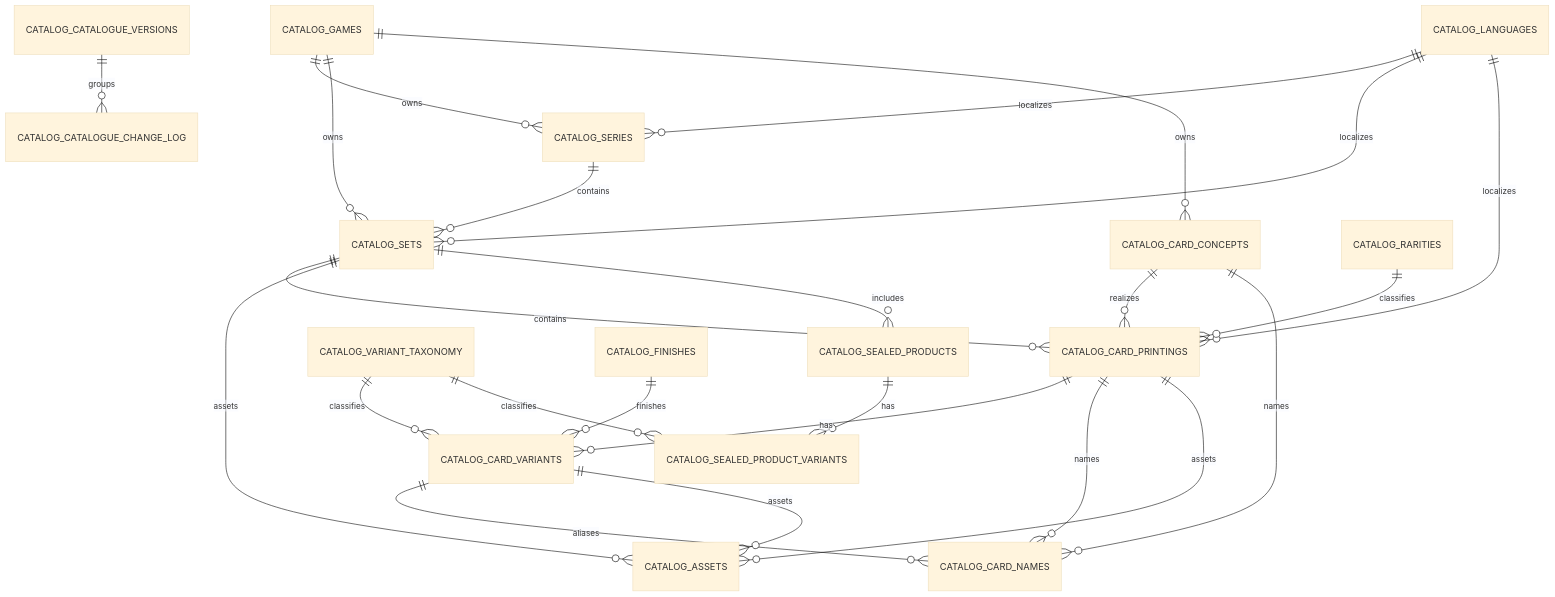
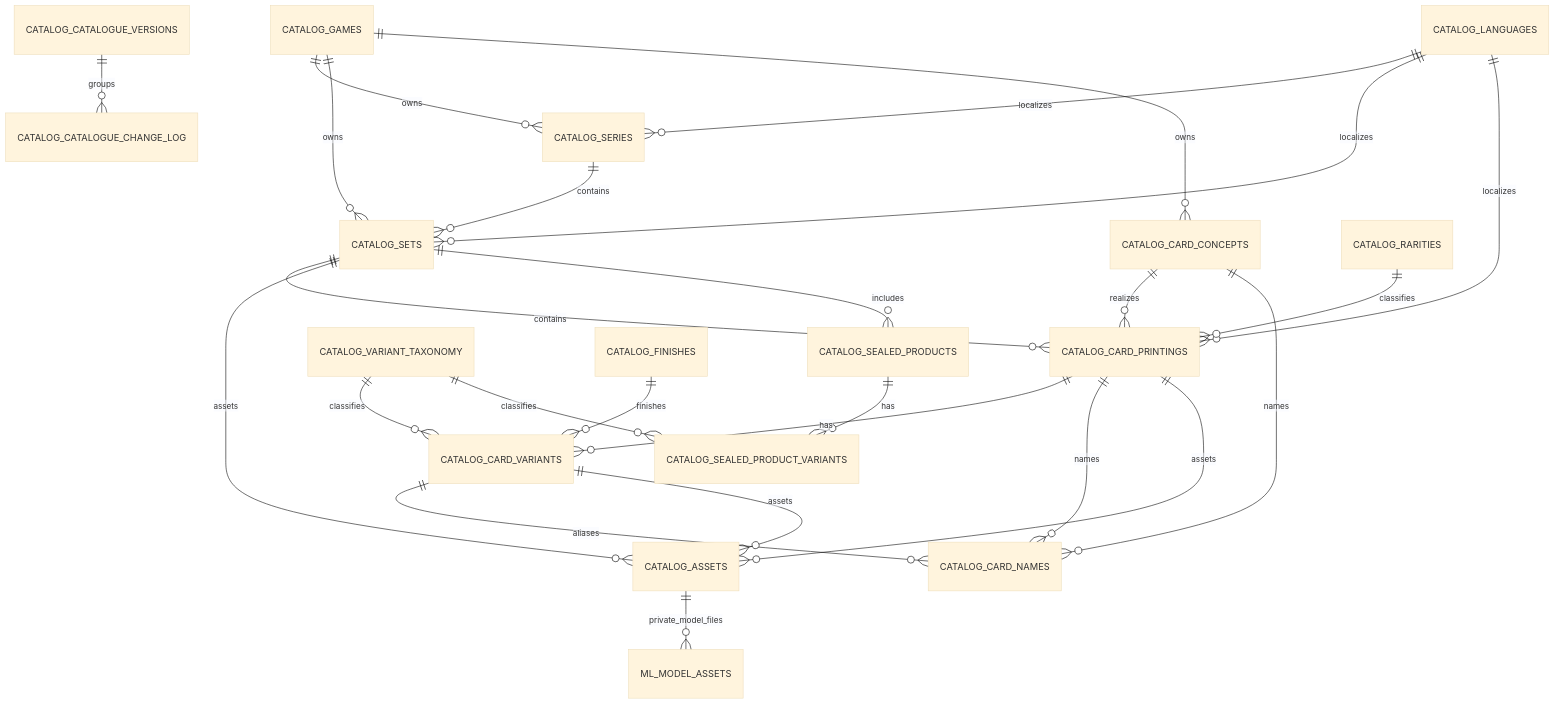
Before and after one commit to tberridge86/Stackr: the second of 5 diagrams in docs/stackr-api/canonical-catalogue-er.md, drawn with Mermaid (base theme). The commit also changed other lines of this file and 15 other files, not shown here.

````diff
--- a/docs/stackr-api/canonical-catalogue-er.md
+++ b/docs/stackr-api/canonical-catalogue-er.md
@@ -30,26 +34,27 @@
 ```mermaid
 erDiagram
   CATALOG_GAMES ||--o{ CATALOG_SERIES : owns
   CATALOG_GAMES ||--o{ CATALOG_SETS : owns
   CATALOG_GAMES ||--o{ CATALOG_CARD_CONCEPTS : owns
   CATALOG_LANGUAGES ||--o{ CATALOG_SERIES : localizes
   CATALOG_LANGUAGES ||--o{ CATALOG_SETS : localizes
   CATALOG_LANGUAGES ||--o{ CATALOG_CARD_PRINTINGS : localizes
   CATALOG_SERIES ||--o{ CATALOG_SETS : contains
   CATALOG_SETS ||--o{ CATALOG_CARD_PRINTINGS : contains
   CATALOG_CARD_CONCEPTS ||--o{ CATALOG_CARD_PRINTINGS : realizes
   CATALOG_RARITIES ||--o{ CATALOG_CARD_PRINTINGS : classifies
   CATALOG_CARD_PRINTINGS ||--o{ CATALOG_CARD_VARIANTS : has
   CATALOG_VARIANT_TAXONOMY ||--o{ CATALOG_CARD_VARIANTS : classifies
   CATALOG_FINISHES ||--o{ CATALOG_CARD_VARIANTS : finishes
   CATALOG_CARD_CONCEPTS ||--o{ CATALOG_CARD_NAMES : names
   CATALOG_CARD_PRINTINGS ||--o{ CATALOG_CARD_NAMES : names
   CATALOG_CARD_VARIANTS ||--o{ CATALOG_CARD_NAMES : aliases
   CATALOG_SETS ||--o{ CATALOG_ASSETS : assets
   CATALOG_CARD_PRINTINGS ||--o{ CATALOG_ASSETS : assets
   CATALOG_CARD_VARIANTS ||--o{ CATALOG_ASSETS : assets
+  CATALOG_ASSETS ||--o{ ML_MODEL_ASSETS : private_model_files
   CATALOG_SETS ||--o{ CATALOG_SEALED_PRODUCTS : includes
   CATALOG_SEALED_PRODUCTS ||--o{ CATALOG_SEALED_PRODUCT_VARIANTS : has
   CATALOG_VARIANT_TAXONOMY ||--o{ CATALOG_SEALED_PRODUCT_VARIANTS : classifies
   CATALOG_CATALOGUE_VERSIONS ||--o{ CATALOG_CATALOGUE_CHANGE_LOG : groups
 ```
````
